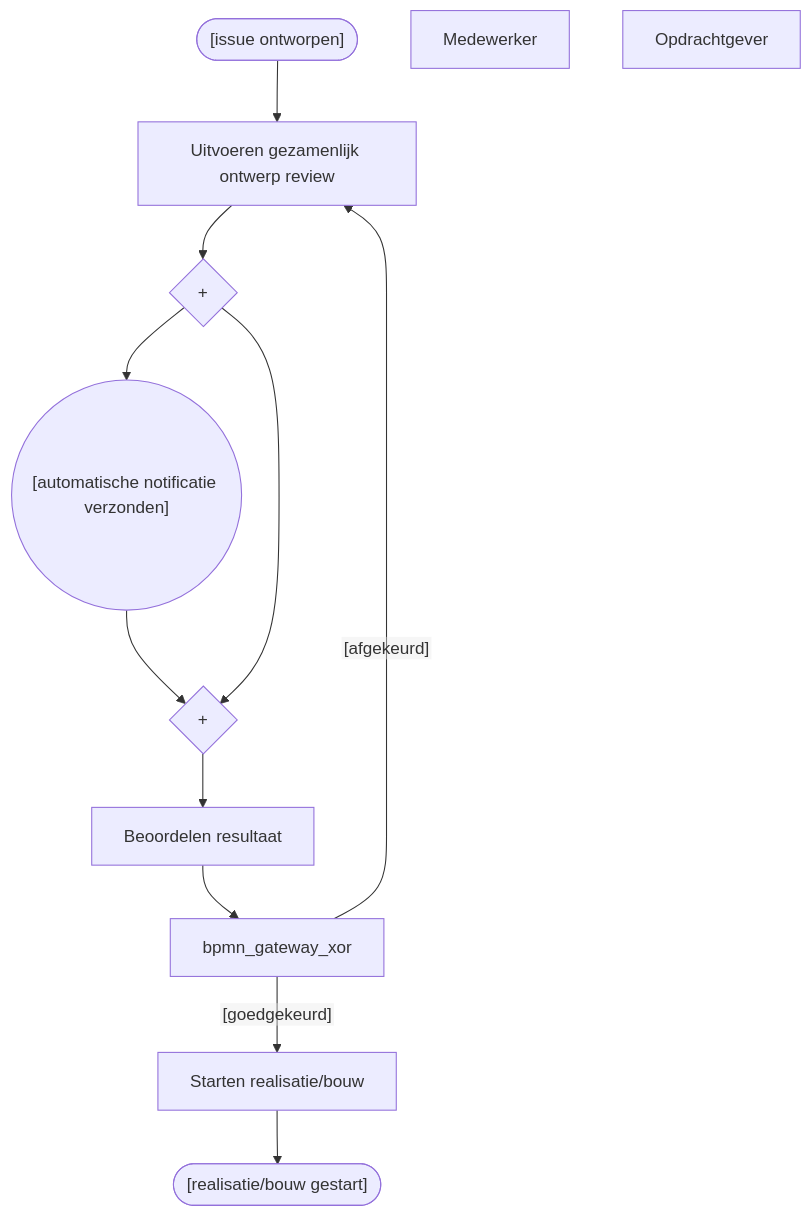
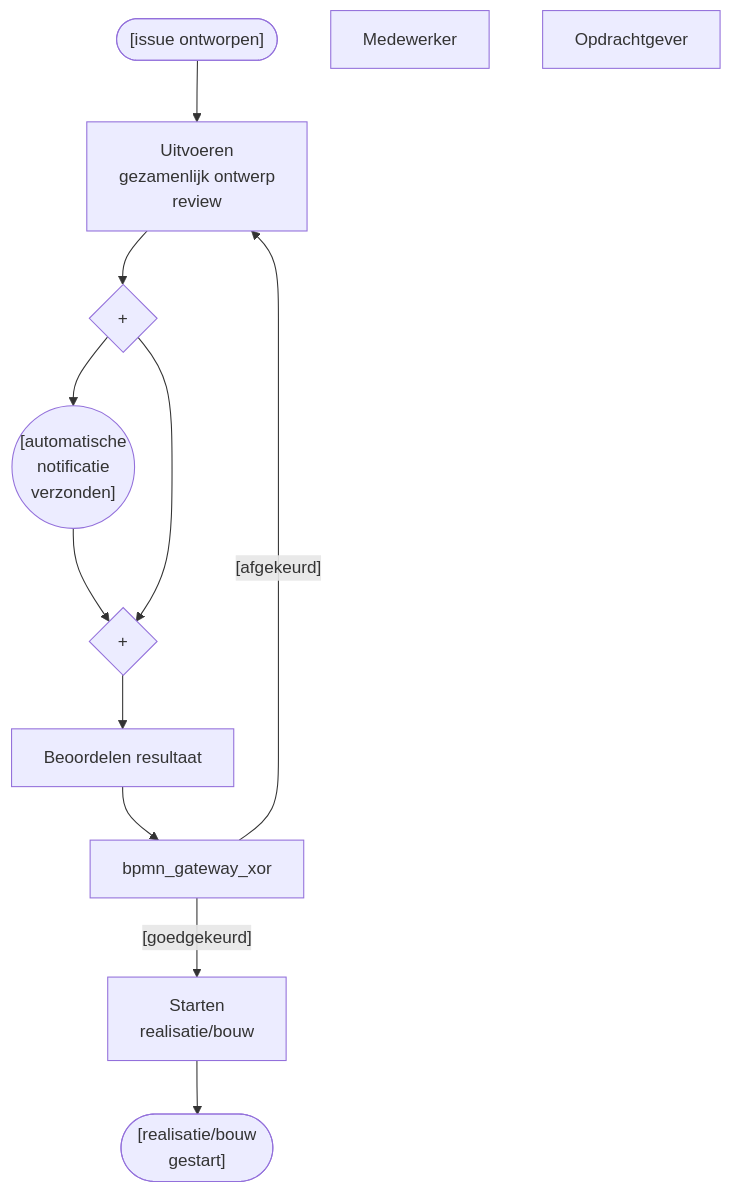
The diagram in 6 Issue Tracker review ontwerp.mermaid (Zaibatsu89/IssueTracker), drawn with Mermaid before and after one commit. The commit also changed 14 other files, not shown here.

```diff
--- a/6 Issue Tracker review ontwerp.mermaid
+++ b/6 Issue Tracker review ontwerp.mermaid
@@ -1,22 +1,22 @@
-%%{init: {'theme': 'default', 'themeVariables': {'fontFamily': 'sans-serif'}, 'flowchart': {'htmlLabels': false}}}%%
+%%{init: {'theme': 'default', 'themeVariables': {'fontFamily': 'sans-serif'}, 'flowchart': {'htmlLabels': true}}}%%
 flowchart TD
     bpmn_start_event(["[issue ontworpen]"])
-    bpmn_task_intake["Uitvoeren gezamenlijk ontwerp review"]
+    bpmn_task_intake["Uitvoeren<br>gezamenlijk ontwerp<br>review"]
     bpmn_gateway_fork{"+"}
-    bpmn_event_notification(("[automatische notificatie verzonden]"))
+    bpmn_event_notification(("[automatische<br>notificatie<br>verzonden]"))
     bpmn_gateway_join{"+"}
     bpmn_task_beoordeling["Beoordelen resultaat"]
-    bpmn_task_analyse["Starten realisatie/bouw"]
-    bpmn_end_event(["[realisatie/bouw gestart]"])
+    bpmn_task_analyse["Starten<br>realisatie/bouw"]
+    bpmn_end_event(["[realisatie/bouw<br>gestart]"])
     mIc6XLMKuAxiAPNymMe0-20["Medewerker"]
     mIc6XLMKuAxiAPNymMe0-21["Opdrachtgever"]
     bpmn_gateway_xor -->|"[goedgekeurd]"| bpmn_task_analyse
     bpmn_gateway_xor -->|"[afgekeurd]"| bpmn_task_intake
     bpmn_start_event --> bpmn_task_intake
     bpmn_task_intake --> bpmn_gateway_fork
     bpmn_gateway_fork --> bpmn_event_notification
     bpmn_event_notification --> bpmn_gateway_join
     bpmn_gateway_fork --> bpmn_gateway_join
     bpmn_gateway_join --> bpmn_task_beoordeling
     bpmn_task_beoordeling --> bpmn_gateway_xor
     bpmn_task_analyse --> bpmn_end_event
```
